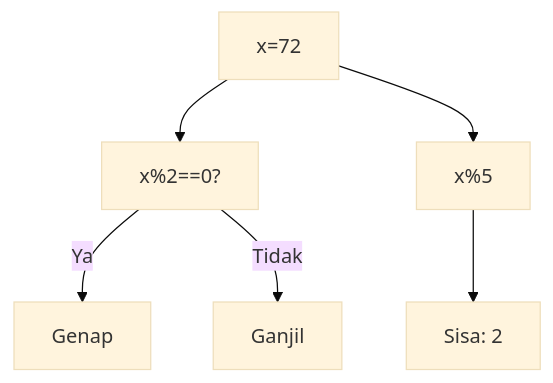
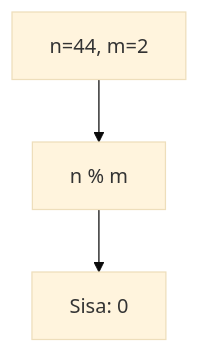
One commit to amnahwaida/OSNK_INF_PREP changed the fifth of 25 diagrams in part-c-pemahaman-cpp/01-tipe-data/latihan/set-09.md. Above: the diagram before and after it, drawn with Mermaid (base theme). The commit also changed other lines of this file and 71 other files, not shown here.

````diff
--- a/part-c-pemahaman-cpp/01-tipe-data/latihan/set-09.md
+++ b/part-c-pemahaman-cpp/01-tipe-data/latihan/set-09.md
@@ -148,8 +131,5 @@
 ```mermaid
 graph TD
-A["x=72"] --> B["x%2==0?"]
-B -- Ya --> C["Genap"]
-B -- Tidak --> D["Ganjil"]
-A --> E["x%5"]
-E --> F["Sisa: 2"]
+A["n=44, m=2"] --> B["n % m"]
+B --> C["Sisa: 0"]
 ```
````
